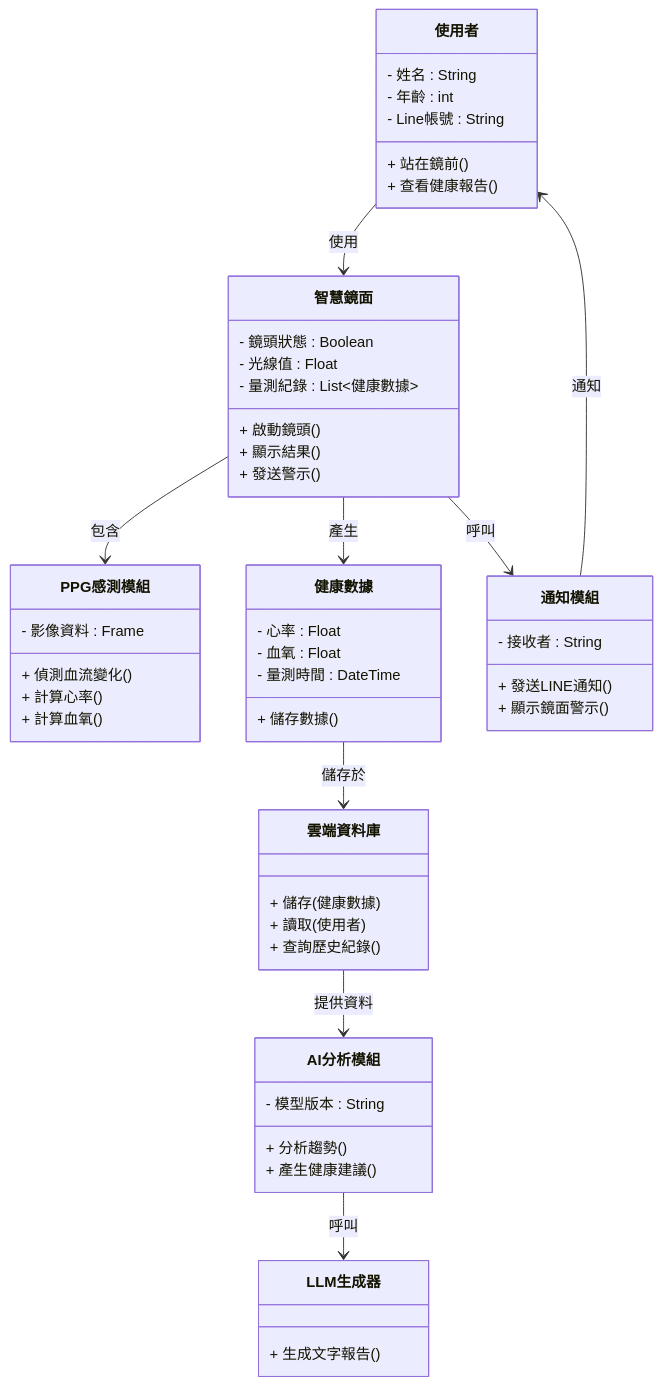
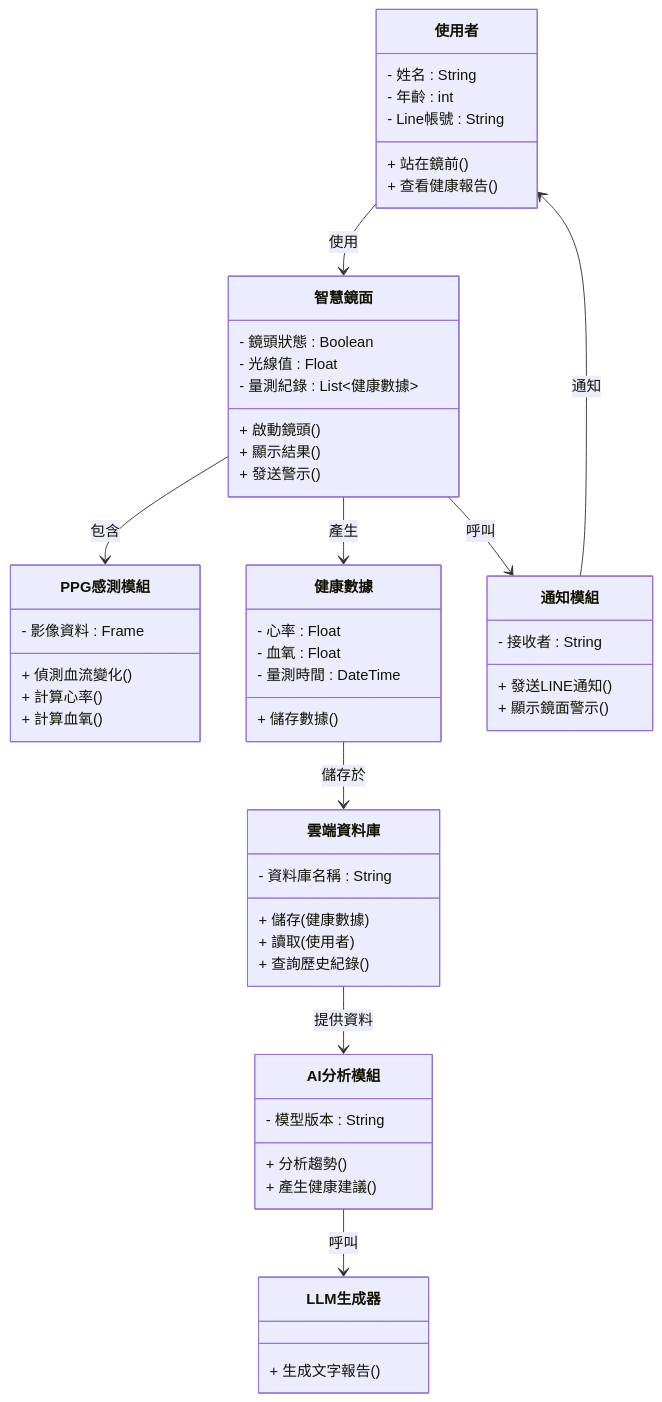
One commit to C112118243/Group2 changed the first of 7 diagrams in hw5.md. Above: the diagram before and after it, drawn with Mermaid.

Commit message:
Add database name property to 雲端資料庫 class

````diff
--- a/hw5.md
+++ b/hw5.md
@@ -2,66 +2,67 @@
 ```mermaid
 classDiagram
     class 使用者 {
         - 姓名 : String
         - 年齡 : int
         - Line帳號 : String
         + 站在鏡前()
         + 查看健康報告()
     }
 
     class 智慧鏡面 {
         - 鏡頭狀態 : Boolean
         - 光線值 : Float
         - 量測紀錄 : List<健康數據>
         + 啟動鏡頭()
         + 顯示結果()
         + 發送警示()
     }
 
     class PPG感測模組 {
         - 影像資料 : Frame
         + 偵測血流變化()
         + 計算心率()
         + 計算血氧()
     }
 
     class 健康數據 {
         - 心率 : Float
         - 血氧 : Float
         - 量測時間 : DateTime
         + 儲存數據()
     }
 
     class AI分析模組 {
         - 模型版本 : String
         + 分析趨勢()
         + 產生健康建議()
     }
 
     class LLM生成器 {
         + 生成文字報告()
     }
 
     class 通知模組 {
         - 接收者 : String
         + 發送LINE通知()
         + 顯示鏡面警示()
     }
 
     class 雲端資料庫 {
+        - 資料庫名稱 : String
         + 儲存(健康數據)
         + 讀取(使用者)
         + 查詢歷史紀錄()
     }
 
     %% 關聯設定
     使用者 --> 智慧鏡面 : 使用
     智慧鏡面 --> PPG感測模組 : 包含
     智慧鏡面 --> 健康數據 : 產生
     健康數據 --> 雲端資料庫 : 儲存於
     雲端資料庫 --> AI分析模組 : 提供資料
     AI分析模組 --> LLM生成器 : 呼叫
     智慧鏡面 --> 通知模組 : 呼叫
     通知模組 --> 使用者 : 通知
 
 ```
````
